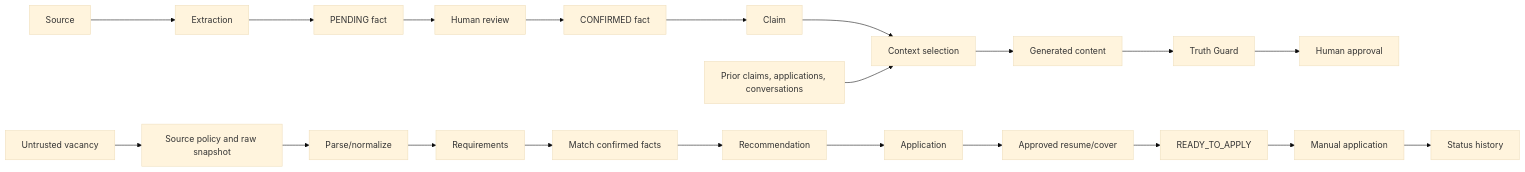
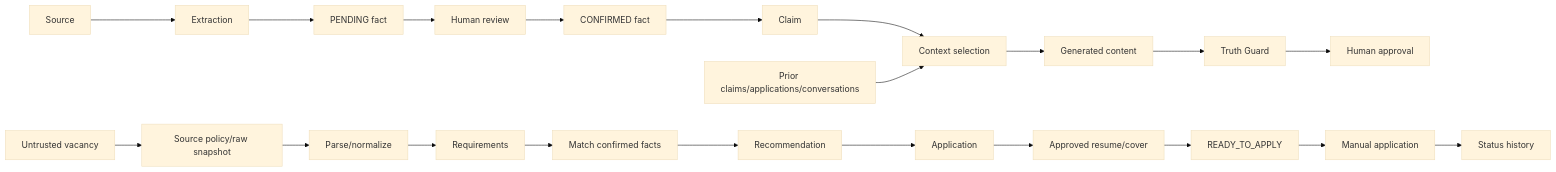
The third of 3 diagrams in docs/02-Architecture/Phase-06-System-Design.md (filatelist-hitech/CVortex), drawn with Mermaid (base theme) before and after one commit. The commit also changed other lines of this file and 7 other files, not shown here.

Commit message:
docs(product): reset roadmap around value-driven milestones

````diff
--- a/docs/02-Architecture/Phase-06-System-Design.md
+++ b/docs/02-Architecture/Phase-06-System-Design.md
@@ -67,8 +67,8 @@
 ```mermaid
 flowchart LR
-  X[Untrusted vacancy] --> S[Source policy and raw snapshot] --> N[Parse/normalize] --> Q[Requirements] --> M[Match confirmed facts] --> R[Recommendation]
+  X[Untrusted vacancy] --> S[Source policy/raw snapshot] --> N[Parse/normalize] --> Q[Requirements] --> M[Match confirmed facts] --> R[Recommendation]
   CS[Source] --> E[Extraction] --> P[PENDING fact] --> HR[Human review] --> CF[CONFIRMED fact]
   CF --> CL[Claim] --> CB[Context selection] --> GC[Generated content] --> TG[Truth Guard] --> HA[Human approval]
   R --> AP[Application] --> RV[Approved resume/cover] --> READY[READY_TO_APPLY] --> MAN[Manual application] --> SH[Status history]
-  EM[Prior claims, applications, conversations] --> CB
+  EM[Prior claims/applications/conversations] --> CB
 ```
````
